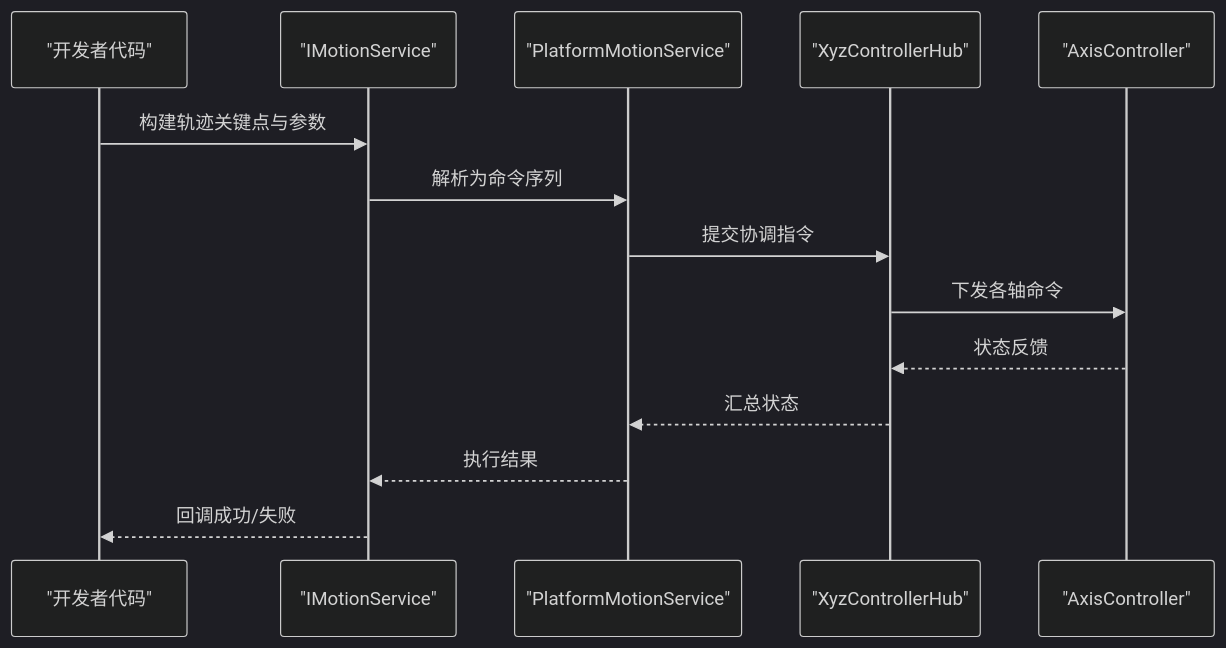
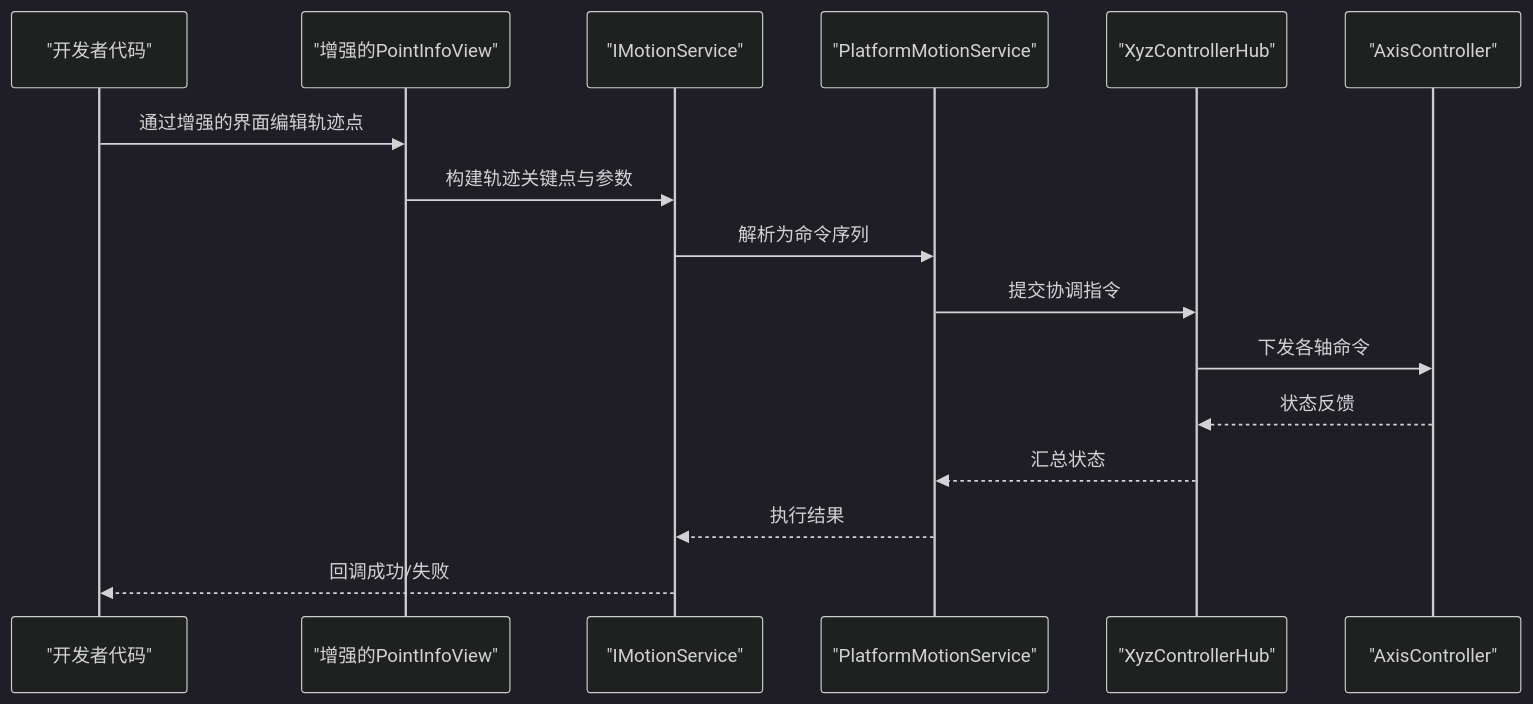
One commit to fuweiq94-cloud/339918076 changed the eighth of 11 diagrams in .qoder/repowiki/zh/content/核心功能模块/轨迹规划模块 (Trajectory).md. Above: the diagram before and after it, drawn with Mermaid (dark theme). The commit also changed other lines of this file and 75 other files, not shown here.

````diff
--- a/.qoder/repowiki/zh/content/核心功能模块/轨迹规划模块 (Trajectory).md
+++ b/.qoder/repowiki/zh/content/核心功能模块/轨迹规划模块 (Trajectory).md
@@ -333,16 +403,18 @@
 ```mermaid
 sequenceDiagram
 participant Dev as "开发者代码"
+participant PV as "增强的PointInfoView"
 participant Svc as "IMotionService"
 participant Plat as "PlatformMotionService"
 participant Hub as "XyzControllerHub"
 participant Axis as "AxisController"
-Dev->>Svc : 构建轨迹关键点与参数
+Dev->>PV : 通过增强的界面编辑轨迹点
+PV->>Svc : 构建轨迹关键点与参数
 Svc->>Plat : 解析为命令序列
 Plat->>Hub : 提交协调指令
 Hub->>Axis : 下发各轴命令
 Axis-->>Hub : 状态反馈
 Hub-->>Plat : 汇总状态
 Plat-->>Svc : 执行结果
 Svc-->>Dev : 回调成功/失败
 ```
````
